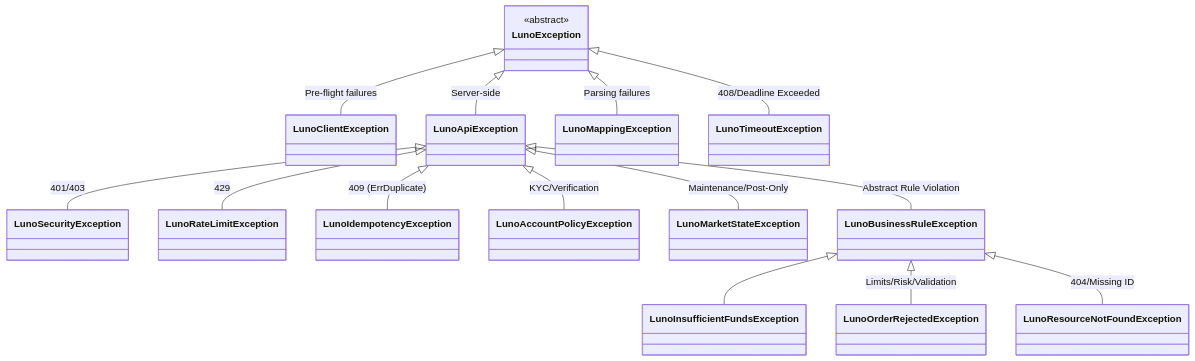
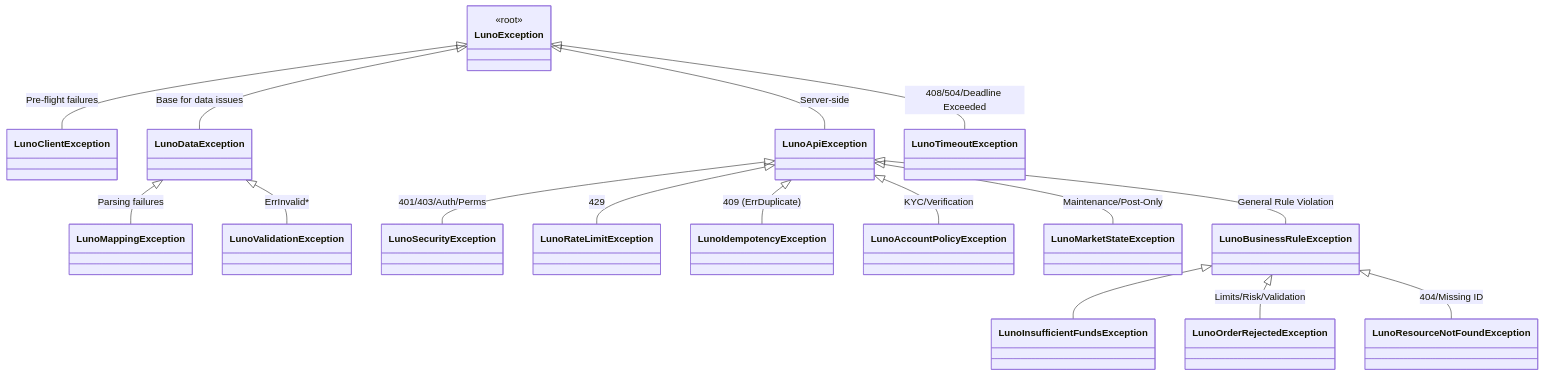
Before and after one commit to hsm207/Luno.SDK: the diagram in docs/rfcs/drafts/RFC004_UnifiedDomainExceptionHierarchy.md, drawn with Mermaid. The commit also changed other lines of this file, not shown here.

````diff
--- a/docs/rfcs/drafts/RFC004_UnifiedDomainExceptionHierarchy.md
+++ b/docs/rfcs/drafts/RFC004_UnifiedDomainExceptionHierarchy.md
@@ -39,25 +40,29 @@
 ```mermaid
 classDiagram
-    class LunoException { <<abstract>> }
+    class LunoException { <<root>> }
     LunoException <|-- LunoClientException : Pre-flight failures
     LunoException <|-- LunoApiException : Server-side
-    LunoException <|-- LunoMappingException : Parsing failures
-    LunoException <|-- LunoTimeoutException : 408/Deadline Exceeded
+    LunoException <|-- LunoDataException : Base for data issues
+    LunoException <|-- LunoTimeoutException : 408/504/Deadline Exceeded
+
+    %% Data Hierarchy
+    LunoDataException <|-- LunoMappingException : Parsing failures
+    LunoDataException <|-- LunoValidationException : ErrInvalid*
 
     %% Infrastructure & Security
-    LunoApiException <|-- LunoSecurityException : 401/403
+    LunoApiException <|-- LunoSecurityException : 401/403/Auth/Perms
     LunoApiException <|-- LunoRateLimitException : 429
     LunoApiException <|-- LunoIdempotencyException : 409 (ErrDuplicate)
 
     %% Policy & Identity
     LunoApiException <|-- LunoAccountPolicyException : KYC/Verification
 
     %% Market & Business State
     LunoApiException <|-- LunoMarketStateException : Maintenance/Post-Only
-    LunoApiException <|-- LunoBusinessRuleException : Abstract Rule Violation
+    LunoApiException <|-- LunoBusinessRuleException : General Rule Violation
 
     %% Business Rules (Actionable)
     LunoBusinessRuleException <|-- LunoInsufficientFundsException
     LunoBusinessRuleException <|-- LunoOrderRejectedException : Limits/Risk/Validation
     LunoBusinessRuleException <|-- LunoResourceNotFoundException : 404/Missing ID
 ```
````
